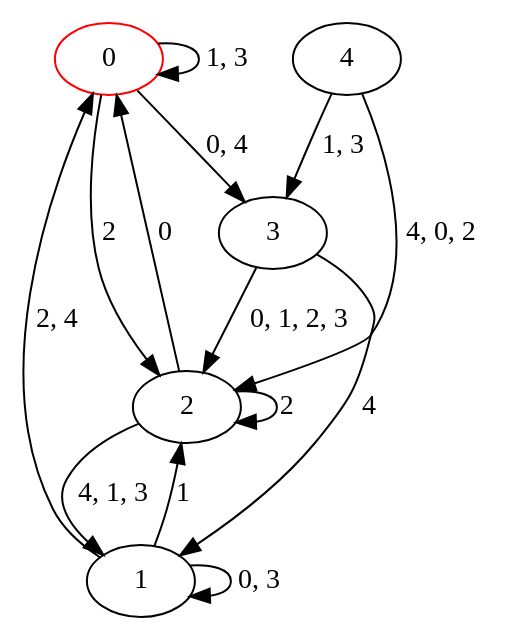
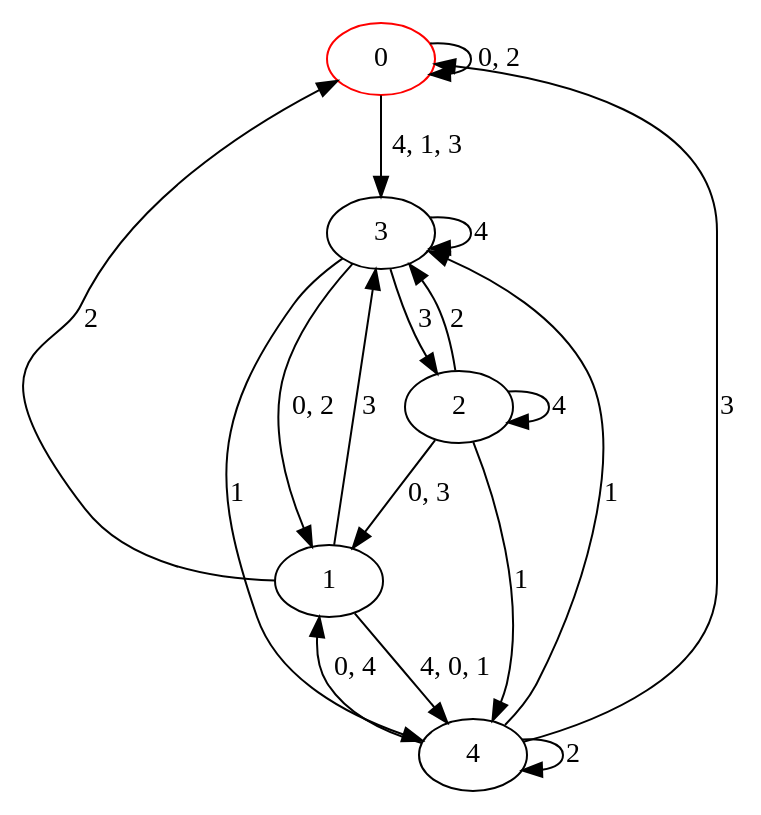
Before and after one commit to Jakub-Ciecierski/AutomatonOptimization: the diagram in automata/res/dfa_s5_r5/s5_r5.dot, drawn with Graphviz. The commit also changed 41 other files, not shown here.

```diff
--- a/automata/res/dfa_s5_r5/s5_r5.dot
+++ b/automata/res/dfa_s5_r5/s5_r5.dot
@@ -1,20 +1,24 @@
 digraph g {
 0 [label= "0"] [color="red"];
 1 [label= "1"];
 2 [label= "2"];
 3 [label= "3"];
 4 [label= "4"];
-0 -> 2[label= "2"];
-1 -> 2[label= "1"];
-2 -> 0[label= "0"];
-2 -> 2[label= "2"];
-3 -> 1[label= "4"];
-0 -> 3[label= "0, 4"];
-0 -> 0[label= "1, 3"];
-1 -> 1[label= "0, 3"];
-1 -> 0[label= "2, 4"];
-2 -> 1[label= "4, 1, 3"];
-4 -> 3[label= "1, 3"];
-4 -> 2[label= "4, 0, 2"];
-3 -> 2[label= "0, 1, 2, 3"];
+1 -> 0[label= "2"];
+1 -> 3[label= "3"];
+2 -> 4[label= "1"];
+2 -> 3[label= "2"];
+2 -> 2[label= "4"];
+3 -> 4[label= "1"];
+3 -> 2[label= "3"];
+3 -> 3[label= "4"];
+4 -> 3[label= "1"];
+4 -> 4[label= "2"];
+4 -> 0[label= "3"];
+0 -> 0[label= "0, 2"];
+0 -> 3[label= "4, 1, 3"];
+1 -> 4[label= "4, 0, 1"];
+2 -> 1[label= "0, 3"];
+3 -> 1[label= "0, 2"];
+4 -> 1[label= "0, 4"];
 }
```
